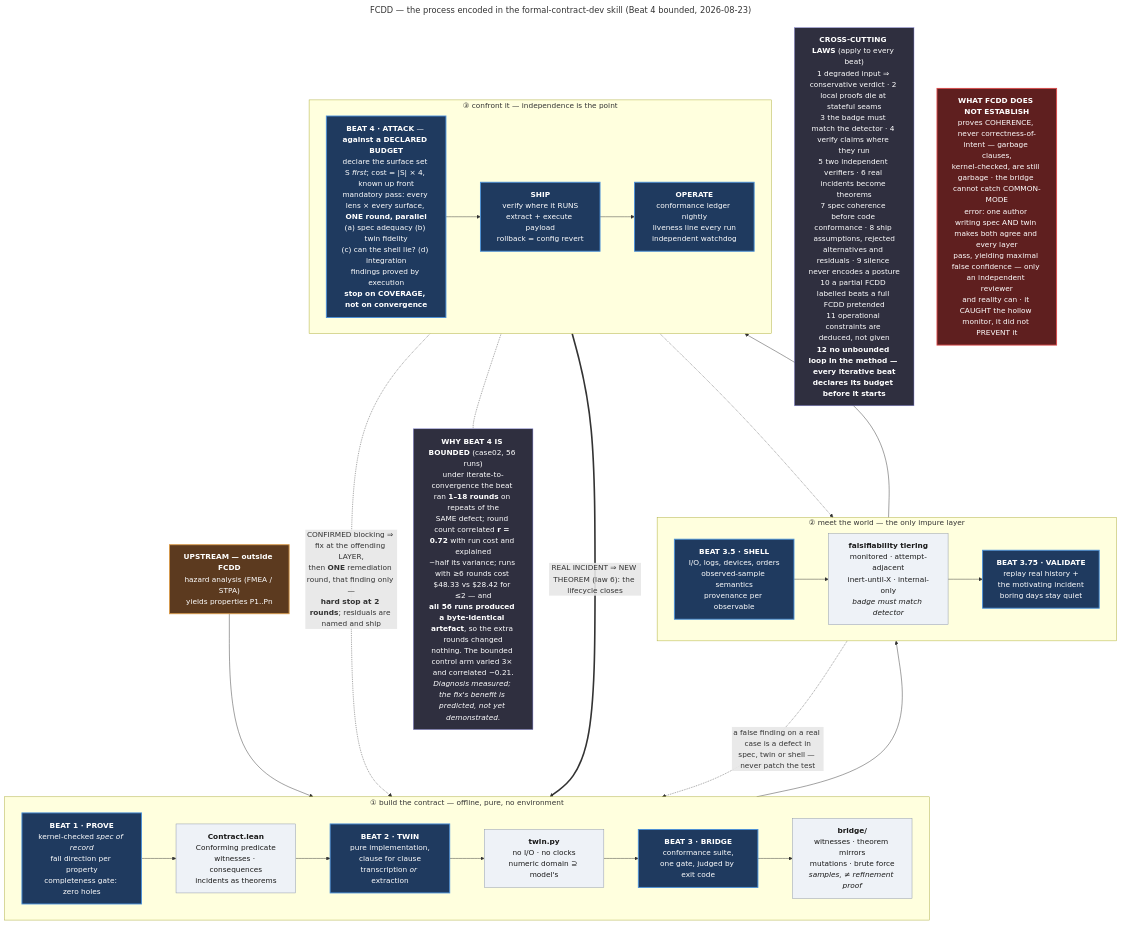
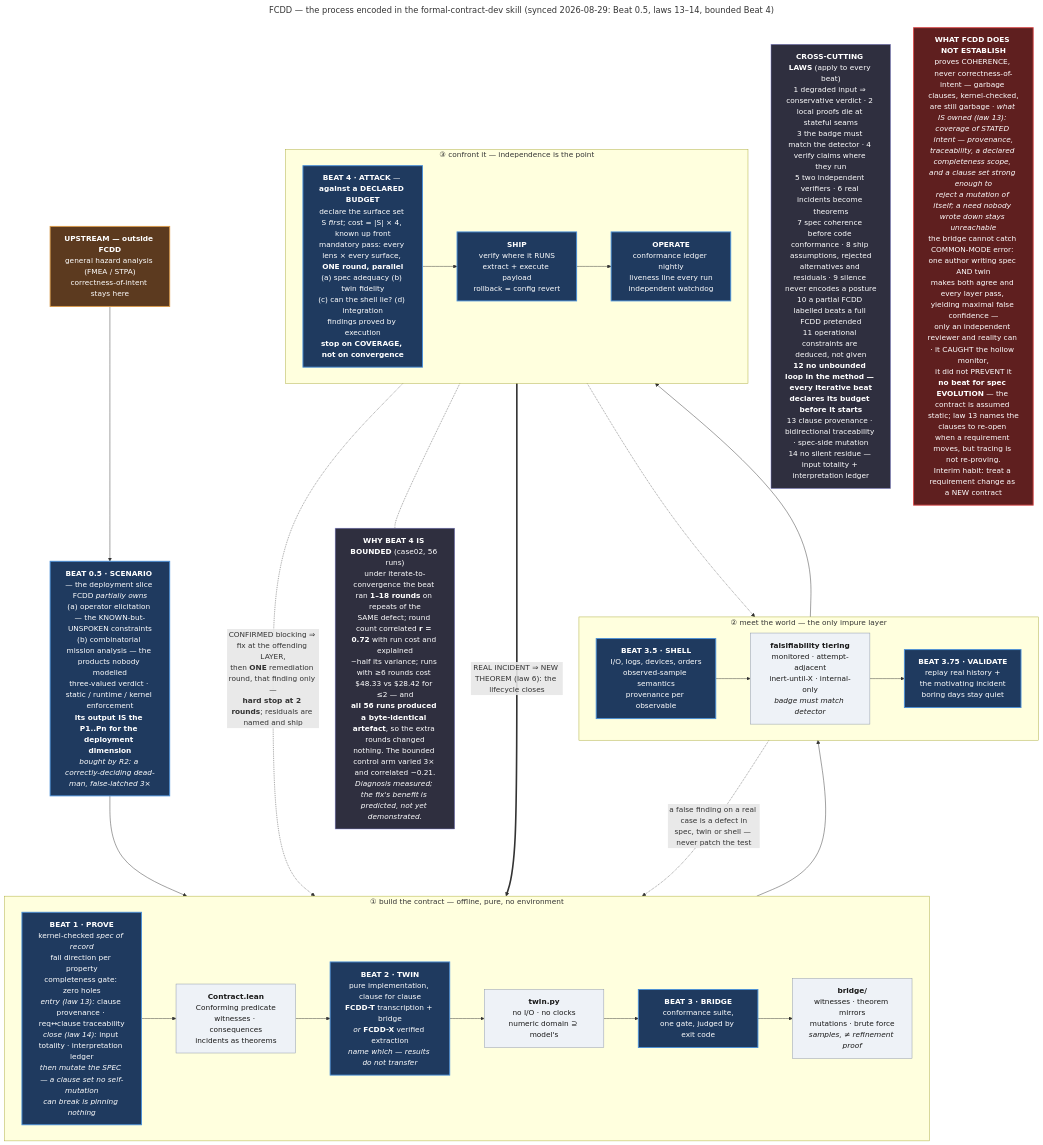
The diagram in case01_spectrum_gambit/figures/fcdd_process.mmd (cosmindxu/fcdd-lab), drawn with Mermaid before and after one commit. The commit also changed 3 other files, not shown here.

First line of the commit message:
figures: resync the FCDD lifecycle diagram with the live skill

```diff
--- a/case01_spectrum_gambit/figures/fcdd_process.mmd
+++ b/case01_spectrum_gambit/figures/fcdd_process.mmd
@@ -1,55 +1,57 @@
 ---
-title: "FCDD — the process encoded in the formal-contract-dev skill (Beat 4 bounded, 2026-08-23)"
+title: "FCDD — the process encoded in the formal-contract-dev skill (synced 2026-08-29: Beat 0.5, laws 13–14, bounded Beat 4)"
 ---
 flowchart TB
     classDef beat fill:#1f3a5f,stroke:#4a90d9,stroke-width:2px,color:#ffffff
     classDef art fill:#eef2f7,stroke:#8a94a6,stroke-width:1px,color:#1a1a1a
     classDef out fill:#5c3a1f,stroke:#d99a4a,stroke-width:2px,color:#ffffff
     classDef res fill:#5f1f1f,stroke:#d94a4a,stroke-width:2px,color:#ffffff
     classDef law fill:#2f2f3f,stroke:#8a8ad9,stroke-width:1px,color:#ffffff
 
-    UP["<b>UPSTREAM — outside FCDD</b><br/>hazard analysis (FMEA / STPA)<br/>yields properties P1..Pn"]:::out
+    UP["<b>UPSTREAM — outside FCDD</b><br/>general hazard analysis (FMEA / STPA)<br/>correctness-of-intent stays here"]:::out
+
+    B05["<b>BEAT 0.5 · SCENARIO</b> — the deployment slice FCDD <i>partially owns</i><br/>(a) operator elicitation — the KNOWN-but-UNSPOKEN constraints<br/>(b) combinatorial mission analysis — the products nobody modelled<br/>three-valued verdict · static / runtime / kernel enforcement<br/><b>its output IS the P1..Pn for the deployment dimension</b><br/><i>bought by R2: a correctly-deciding dead-man, false-latched 3×</i>"]:::beat
 
     subgraph PURE["① build the contract — offline, pure, no environment"]
         direction LR
-        B1["<b>BEAT 1 · PROVE</b><br/>kernel-checked <i>spec of record</i><br/>fail direction per property<br/>completeness gate: zero holes"]:::beat
+        B1["<b>BEAT 1 · PROVE</b><br/>kernel-checked <i>spec of record</i><br/>fail direction per property<br/>completeness gate: zero holes<br/><i>entry (law 13):</i> clause provenance · req↔clause traceability<br/><i>close (law 14):</i> input totality · interpretation ledger<br/><i>then mutate the SPEC — a clause set no self-mutation<br/>can break is pinning nothing</i>"]:::beat
         A1["<b>Contract.lean</b><br/>Conforming predicate<br/>witnesses · consequences<br/>incidents as theorems"]:::art
-        B2["<b>BEAT 2 · TWIN</b><br/>pure implementation,<br/>clause for clause<br/>transcription <i>or</i> extraction"]:::beat
+        B2["<b>BEAT 2 · TWIN</b><br/>pure implementation, clause for clause<br/><b>FCDD-T</b> transcription + bridge<br/><i>or</i> <b>FCDD-X</b> verified extraction<br/><i>name which — results do not transfer</i>"]:::beat
         A2["<b>twin.py</b><br/>no I/O · no clocks<br/>numeric domain ⊇ model's"]:::art
         B3["<b>BEAT 3 · BRIDGE</b><br/>conformance suite,<br/>one gate, judged by exit code"]:::beat
         A3["<b>bridge/</b><br/>witnesses · theorem mirrors<br/>mutations · brute force<br/><i>samples, ≠ refinement proof</i>"]:::art
         B1 --> A1 --> B2 --> A2 --> B3 --> A3
     end
 
     subgraph WORLD["② meet the world — the only impure layer"]
         direction LR
         B35["<b>BEAT 3.5 · SHELL</b><br/>I/O, logs, devices, orders<br/>observed-sample semantics<br/>provenance per observable"]:::beat
         A35["<b>falsifiability tiering</b><br/>monitored · attempt-adjacent<br/>inert-until-X · internal-only<br/><i>badge must match detector</i>"]:::art
         B375["<b>BEAT 3.75 · VALIDATE</b><br/>replay real history +<br/>the motivating incident<br/>boring days stay quiet"]:::beat
         B35 --> A35 --> B375
     end
 
     subgraph ADVERSARY["③ confront it — independence is the point"]
         direction LR
         B4["<b>BEAT 4 · ATTACK</b> — <b>against a DECLARED BUDGET</b><br/>declare the surface set S <i>first</i>; cost = |S| × 4, known up front<br/>mandatory pass: every lens × every surface, <b>ONE round, parallel</b><br/>(a) spec adequacy (b) twin fidelity<br/>(c) can the shell lie? (d) integration<br/>findings proved by execution<br/><b>stop on COVERAGE, not on convergence</b>"]:::beat
         SHIP["<b>SHIP</b><br/>verify where it RUNS<br/>extract + execute payload<br/>rollback = config revert"]:::beat
         OPS["<b>OPERATE</b><br/>conformance ledger nightly<br/>liveness line every run<br/>independent watchdog"]:::beat
         B4 --> SHIP --> OPS
     end
 
-    UP --> B1
+    UP --> B05 --> B1
     A3 --> B35
     B375 --> B4
 
     B4 -. "CONFIRMED blocking ⇒ fix at the offending LAYER,<br/>then <b>ONE</b> remediation round, that finding only —<br/><b>hard stop at 2 rounds</b>; residuals are named and ship" .-> B1
     B4 -.-> B35
     B375 -. "a false finding on a real case is a defect in<br/>spec, twin or shell — never patch the test" .-> B1
     OPS == "REAL INCIDENT ⇒ NEW THEOREM (law 6): the lifecycle closes" ==> B1
 
-    LAWS["<b>CROSS-CUTTING LAWS</b> (apply to every beat)<br/>1 degraded input ⇒ conservative verdict · 2 local proofs die at stateful seams<br/>3 the badge must match the detector · 4 verify claims where they run<br/>5 two independent verifiers · 6 real incidents become theorems<br/>7 spec coherence before code conformance · 8 ship assumptions, rejected<br/>alternatives and residuals · 9 silence never encodes a posture<br/>10 a partial FCDD labelled beats a full FCDD pretended<br/>11 operational constraints are deduced, not given<br/><b>12 no unbounded loop in the method — every iterative beat<br/>declares its budget before it starts</b>"]:::law
+    LAWS["<b>CROSS-CUTTING LAWS</b> (apply to every beat)<br/>1 degraded input ⇒ conservative verdict · 2 local proofs die at stateful seams<br/>3 the badge must match the detector · 4 verify claims where they run<br/>5 two independent verifiers · 6 real incidents become theorems<br/>7 spec coherence before code conformance · 8 ship assumptions, rejected<br/>alternatives and residuals · 9 silence never encodes a posture<br/>10 a partial FCDD labelled beats a full FCDD pretended<br/>11 operational constraints are deduced, not given<br/><b>12 no unbounded loop in the method — every iterative beat<br/>declares its budget before it starts</b><br/>13 clause provenance · bidirectional traceability · spec-side mutation<br/>14 no silent residue — input totality + interpretation ledger"]:::law
 
     WHY["<b>WHY BEAT 4 IS BOUNDED</b> (case02, 56 runs)<br/>under iterate-to-convergence the beat ran <b>1–18 rounds</b> on repeats of the<br/>SAME defect; round count correlated <b>r = 0.72</b> with run cost and explained<br/>~half its variance; runs with ≥6 rounds cost $48.33 vs $28.42 for ≤2 — and<br/><b>all 56 runs produced a byte-identical artefact</b>, so the extra rounds changed<br/>nothing. The bounded control arm varied 3× and correlated −0.21.<br/><i>Diagnosis measured; the fix's benefit is predicted, not yet demonstrated.</i>"]:::law
 
     B4 -.- WHY
 
-    RES["<b>WHAT FCDD DOES NOT ESTABLISH</b><br/>proves COHERENCE, never correctness-of-intent — garbage clauses,<br/>kernel-checked, are still garbage · the bridge cannot catch COMMON-MODE<br/>error: one author writing spec AND twin makes both agree and every layer<br/>pass, yielding maximal false confidence — only an independent reviewer<br/>and reality can · it CAUGHT the hollow monitor, it did not PREVENT it"]:::res
+    RES["<b>WHAT FCDD DOES NOT ESTABLISH</b><br/>proves COHERENCE, never correctness-of-intent — garbage clauses, kernel-checked,<br/>are still garbage · <i>what IS owned (law 13): coverage of STATED intent — provenance,<br/>traceability, a declared completeness scope, and a clause set strong enough to<br/>reject a mutation of itself; a need nobody wrote down stays unreachable</i><br/>the bridge cannot catch COMMON-MODE error: one author writing spec AND twin<br/>makes both agree and every layer pass, yielding maximal false confidence —<br/>only an independent reviewer and reality can · it CAUGHT the hollow monitor,<br/>it did not PREVENT it<br/><b>no beat for spec EVOLUTION</b> — the contract is assumed static; law 13 names the<br/>clauses to re-open when a requirement moves, but tracing is not re-proving.<br/>Interim habit: treat a requirement change as a NEW contract"]:::res
```
